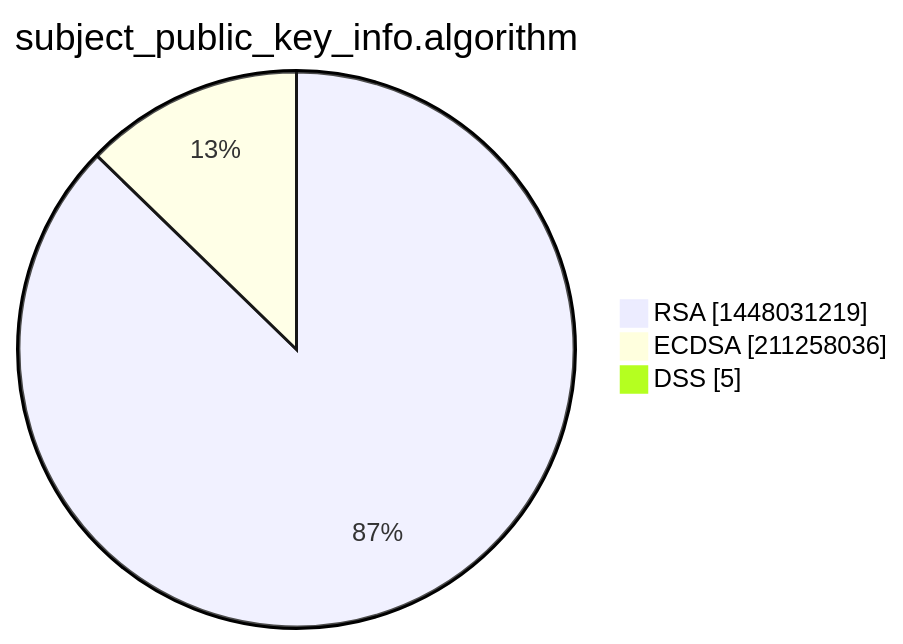
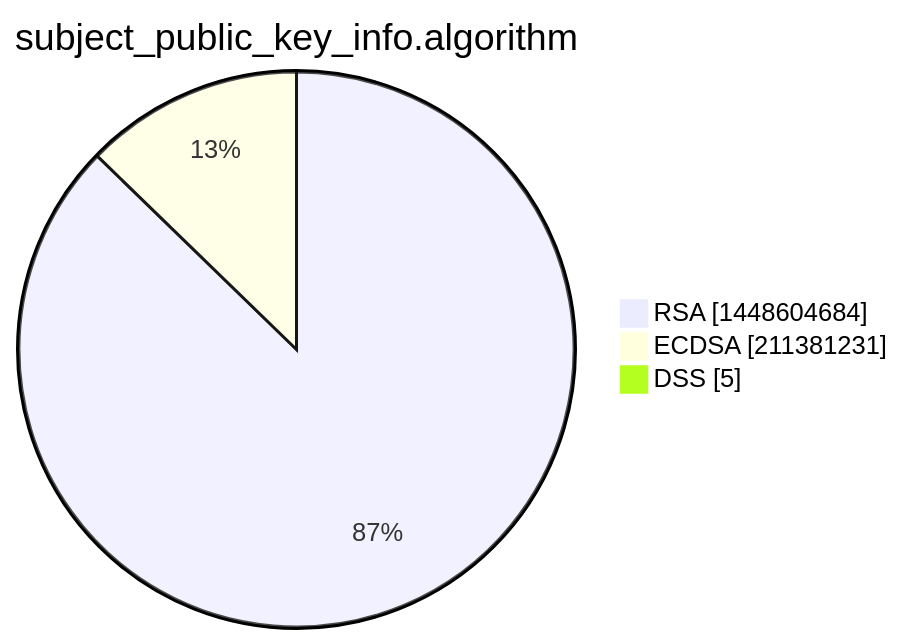
The third of 15 diagrams in xenon2022/README.md (christiankrug/ctmonitor_visualization), drawn with Mermaid before and after one commit. The commit also changed other lines of this file, not shown here.

````diff
--- a/xenon2022/README.md
+++ b/xenon2022/README.md
@@ -14,7 +14,7 @@
 ```mermaid
 pie showData
 title subject_public_key_info.algorithm
-"RSA" :1448031219
-"ECDSA" :211258036
+"RSA" :1448604684
+"ECDSA" :211381231
 "DSS" :5
 ```
````
